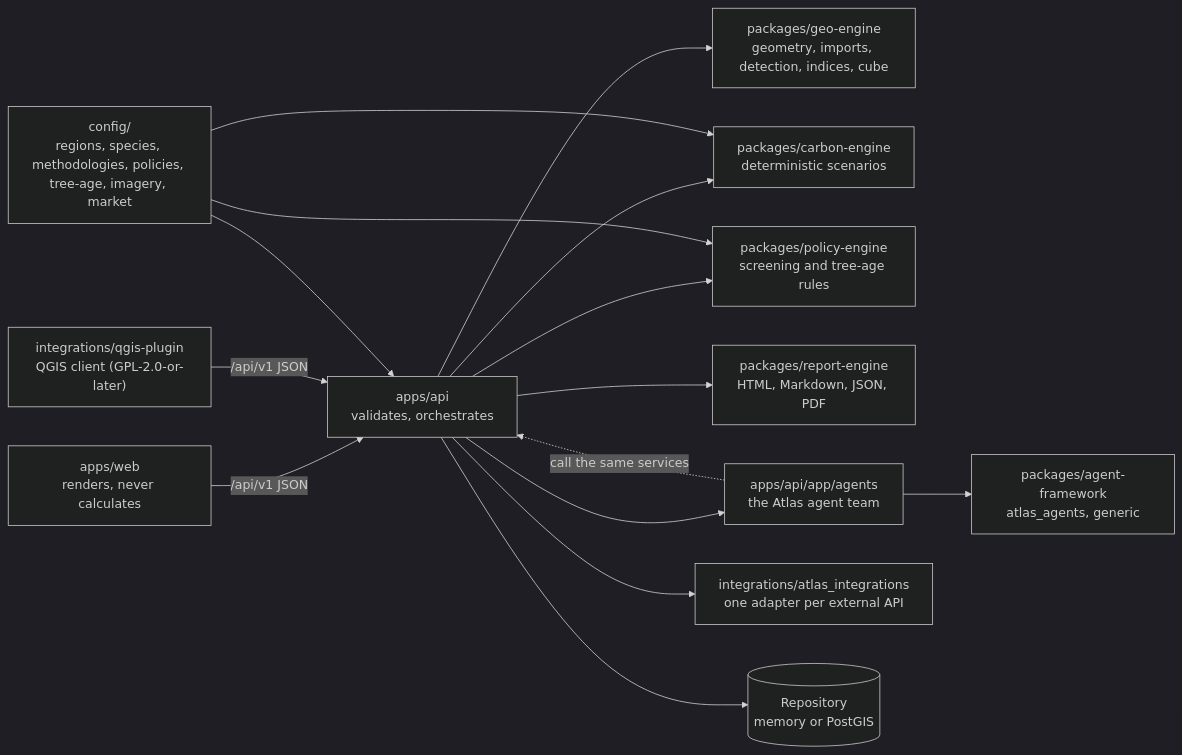
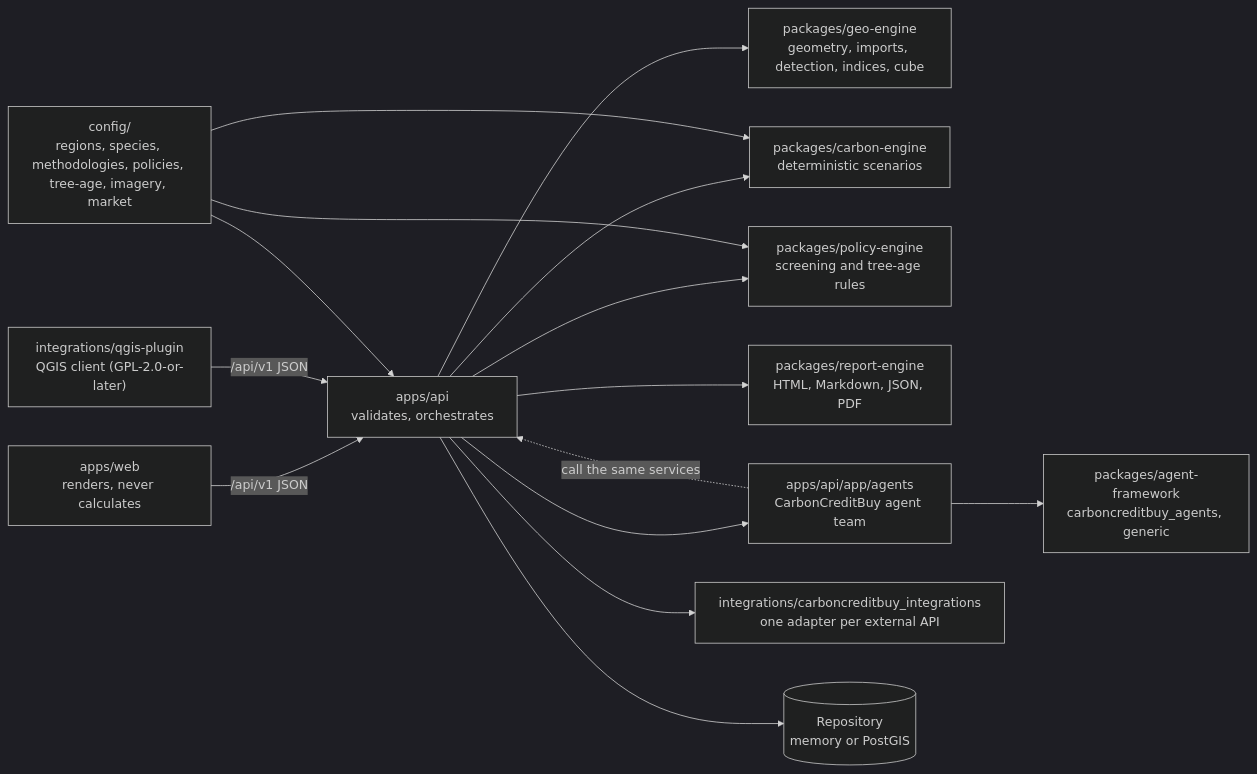
Before and after one commit to pavangemmanjunath-cell/AI_Carbon_Credits_Fram_Land: the first of 2 diagrams in docs/developer-guide/architecture-overview.md, drawn with Mermaid (dark theme). The commit also changed other lines of this file and 358 other files, not shown here.

````diff
--- a/docs/developer-guide/architecture-overview.md
+++ b/docs/developer-guide/architecture-overview.md
@@ -12,17 +12,17 @@
 ```mermaid
 flowchart LR
     Web["apps/web<br/>renders, never calculates"] -->|"/api/v1 JSON"| API["apps/api<br/>validates, orchestrates"]
     QGIS["integrations/qgis-plugin<br/>QGIS client (GPL-2.0-or-later)"] -->|"/api/v1 JSON"| API
     API --> Geo["packages/geo-engine<br/>geometry, imports, detection, indices, cube"]
     API --> Carbon["packages/carbon-engine<br/>deterministic scenarios"]
     API --> Policy["packages/policy-engine<br/>screening and tree-age rules"]
     API --> Report["packages/report-engine<br/>HTML, Markdown, JSON, PDF"]
-    API --> Agents["apps/api/app/agents<br/>the Atlas agent team"]
-    Agents --> Framework["packages/agent-framework<br/>atlas_agents, generic"]
+    API --> Agents["apps/api/app/agents<br/>CarbonCreditBuy agent team"]
+    Agents --> Framework["packages/agent-framework<br/>carboncreditbuy_agents, generic"]
     Agents -.->|"call the same services"| API
-    API --> Adapters["integrations/atlas_integrations<br/>one adapter per external API"]
+    API --> Adapters["integrations/carboncreditbuy_integrations<br/>one adapter per external API"]
     Config["config/<br/>regions, species, methodologies, policies, tree-age, imagery, market"] --> Carbon
     Config --> Policy
     Config --> API
     API --> Repo[("Repository<br/>memory or PostGIS")]
 ```
````
